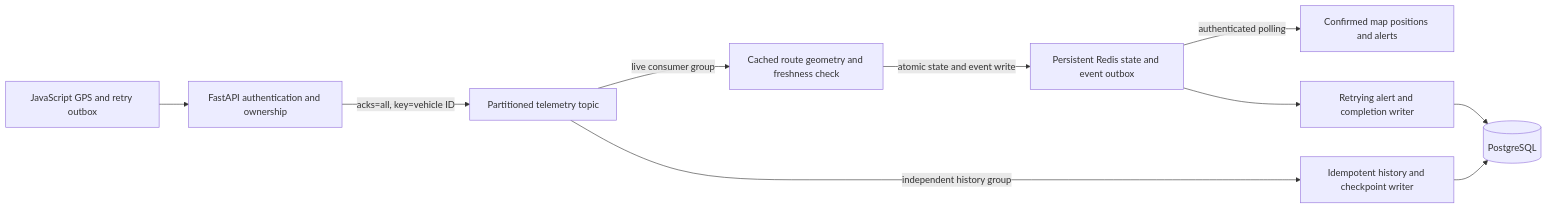
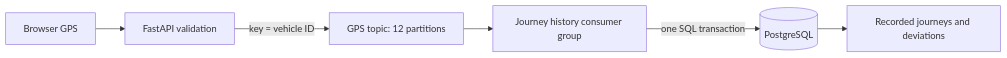
Before and after one commit to vermavaibhav23/CabWatch: the diagram in README.md, drawn with Mermaid. The commit also changed other lines of this file and 20 other files, not shown here.

First line of the commit message:
Convert CabWatch to four-table Kafka journey history

````diff
--- a/README.md
+++ b/README.md
@@ -20,12 +15,8 @@
 ```mermaid
 flowchart LR
-  Browser[JavaScript GPS and retry outbox] --> API[FastAPI authentication and ownership]
-  API -->|acks=all, key=vehicle ID| Kafka[Partitioned telemetry topic]
-  Kafka -->|live consumer group| Live[Cached route geometry and freshness check]
-  Live -->|atomic state and event write| Redis[Persistent Redis state and event outbox]
-  Redis -->|authenticated polling| Dashboard[Confirmed map positions and alerts]
-  Redis --> Writer[Retrying alert and completion writer]
-  Writer --> SQL[(PostgreSQL)]
-  Kafka -->|independent history group| History[Idempotent history and checkpoint writer]
-  History --> SQL
+ Browser[Browser GPS] --> API[FastAPI validation]
+ API -->|key = vehicle ID| Kafka[GPS topic: 12 partitions]
+ Kafka --> Worker[Journey history consumer group]
+ Worker -->|one SQL transaction| SQL[(PostgreSQL)]
+ SQL --> Dashboard[Recorded journeys and deviations]
 ```
````
